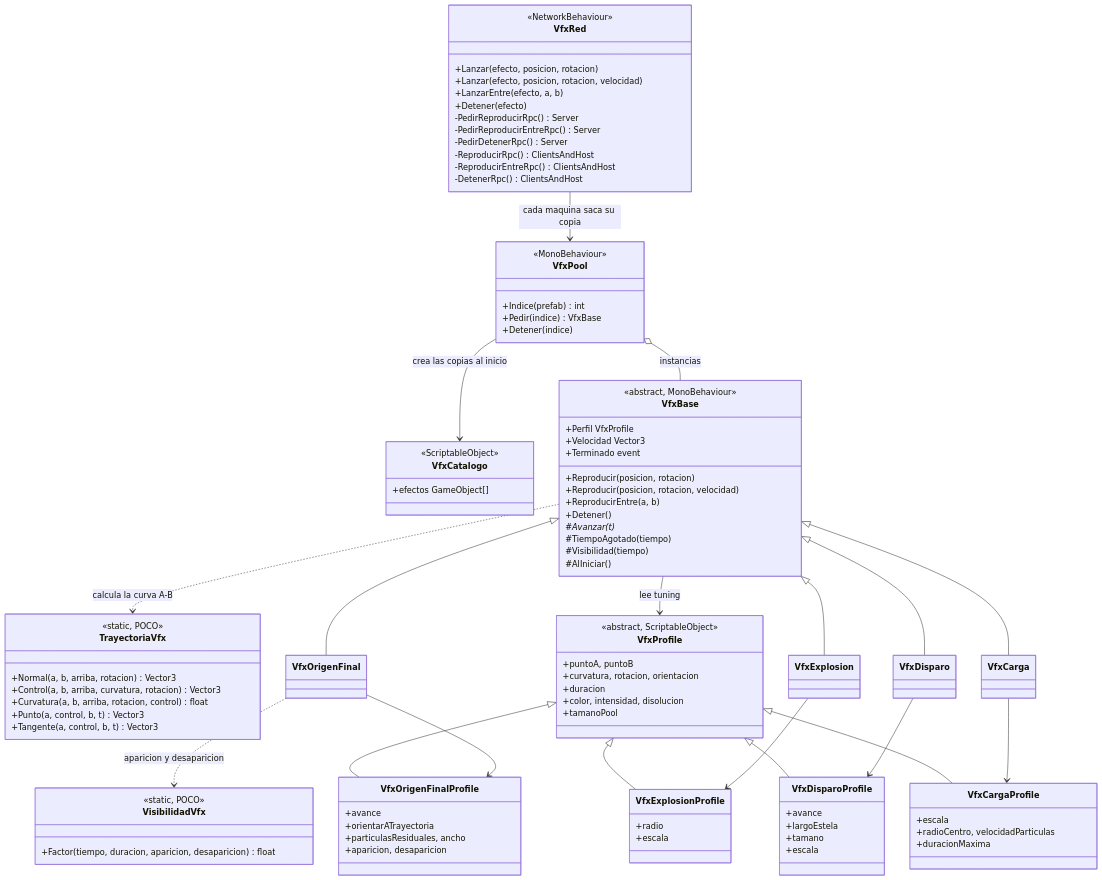
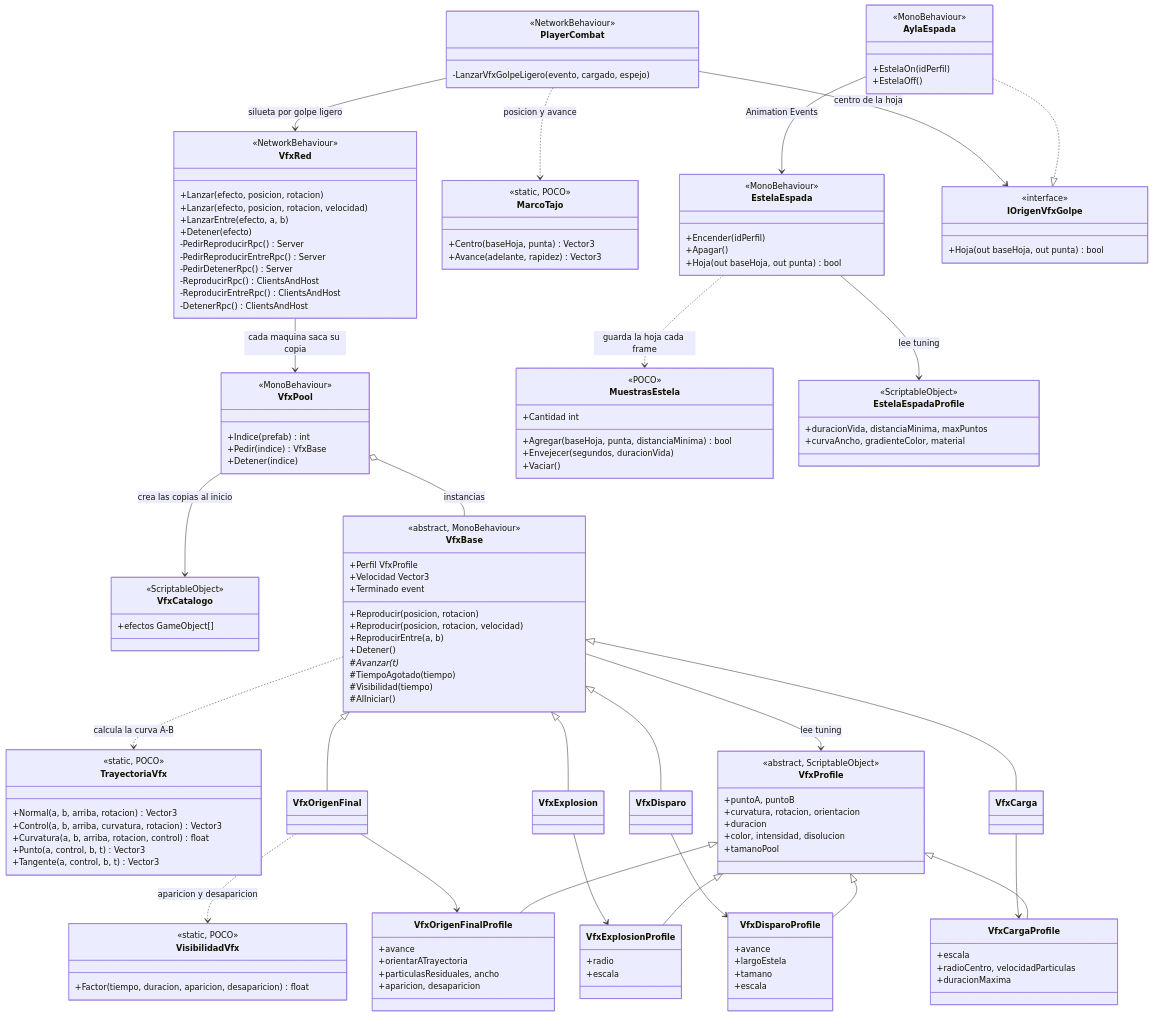
The diagram in docs/diagrams/vfx.mermaid (VicBojoDev10/DeathOfMeaningRepo), drawn with Mermaid before and after one commit.

Commit message:
doc: add sword trail and light hit silhouette classes to VFX diagram

```diff
--- a/docs/diagrams/vfx.mermaid
+++ b/docs/diagrams/vfx.mermaid
@@ -1,109 +1,154 @@
 classDiagram
     class TrayectoriaVfx {
         <<static, POCO>>
         +Normal(a, b, arriba, rotacion) Vector3
         +Control(a, b, arriba, curvatura, rotacion) Vector3
         +Curvatura(a, b, arriba, rotacion, control) float
         +Punto(a, control, b, t) Vector3
         +Tangente(a, control, b, t) Vector3
     }
 
     class VisibilidadVfx {
         <<static, POCO>>
         +Factor(tiempo, duracion, aparicion, desaparicion) float
     }
 
     class VfxProfile {
         <<abstract, ScriptableObject>>
         +puntoA, puntoB
         +curvatura, rotacion, orientacion
         +duracion
         +color, intensidad, disolucion
         +tamanoPool
     }
     class VfxOrigenFinalProfile {
         +avance
         +orientarATrayectoria
         +particulasResiduales, ancho
         +aparicion, desaparicion
     }
     class VfxExplosionProfile {
         +radio
         +escala
     }
     class VfxDisparoProfile {
         +avance
         +largoEstela
         +tamano
         +escala
     }
     class VfxCargaProfile {
         +escala
         +radioCentro, velocidadParticulas
         +duracionMaxima
     }
     class VfxCatalogo {
         <<ScriptableObject>>
         +efectos GameObject[]
     }
 
     class VfxBase {
         <<abstract, MonoBehaviour>>
         +Perfil VfxProfile
         +Velocidad Vector3
         +Reproducir(posicion, rotacion)
         +Reproducir(posicion, rotacion, velocidad)
         +ReproducirEntre(a, b)
         +Detener()
         +Terminado event
         #Avanzar(t)*
         #TiempoAgotado(tiempo)
         #Visibilidad(tiempo)
         #AlIniciar()
     }
     class VfxOrigenFinal
     class VfxExplosion
     class VfxDisparo
     class VfxCarga
 
     class VfxPool {
         <<MonoBehaviour>>
         +Indice(prefab) int
         +Pedir(indice) VfxBase
         +Detener(indice)
     }
     class VfxRed {
         <<NetworkBehaviour>>
         +Lanzar(efecto, posicion, rotacion)
         +Lanzar(efecto, posicion, rotacion, velocidad)
         +LanzarEntre(efecto, a, b)
         +Detener(efecto)
         -PedirReproducirRpc() Server
         -PedirReproducirEntreRpc() Server
         -PedirDetenerRpc() Server
         -ReproducirRpc() ClientsAndHost
         -ReproducirEntreRpc() ClientsAndHost
         -DetenerRpc() ClientsAndHost
     }
 
     VfxProfile <|-- VfxOrigenFinalProfile
     VfxProfile <|-- VfxExplosionProfile
     VfxProfile <|-- VfxDisparoProfile
     VfxProfile <|-- VfxCargaProfile
 
     VfxBase <|-- VfxOrigenFinal
     VfxBase <|-- VfxExplosion
     VfxBase <|-- VfxDisparo
     VfxBase <|-- VfxCarga
 
     VfxBase ..> TrayectoriaVfx : calcula la curva A-B
     VfxOrigenFinal ..> VisibilidadVfx : aparicion y desaparicion
     VfxBase --> VfxProfile : lee tuning
     VfxOrigenFinal --> VfxOrigenFinalProfile
     VfxExplosion --> VfxExplosionProfile
     VfxDisparo --> VfxDisparoProfile
     VfxCarga --> VfxCargaProfile
 
     VfxPool --> VfxCatalogo : crea las copias al inicio
     VfxPool o-- VfxBase : instancias
     VfxRed --> VfxPool : cada maquina saca su copia
+
+    class MuestrasEstela {
+        <<POCO>>
+        +Cantidad int
+        +Agregar(baseHoja, punta, distanciaMinima) bool
+        +Envejecer(segundos, duracionVida)
+        +Vaciar()
+    }
+    class MarcoTajo {
+        <<static, POCO>>
+        +Centro(baseHoja, punta) Vector3
+        +Avance(adelante, rapidez) Vector3
+    }
+    class EstelaEspadaProfile {
+        <<ScriptableObject>>
+        +duracionVida, distanciaMinima, maxPuntos
+        +curvaAncho, gradienteColor, material
+    }
+    class EstelaEspada {
+        <<MonoBehaviour>>
+        +Encender(idPerfil)
+        +Apagar()
+        +Hoja(out baseHoja, out punta) bool
+    }
+    class IOrigenVfxGolpe {
+        <<interface>>
+        +Hoja(out baseHoja, out punta) bool
+    }
+    class AylaEspada {
+        <<MonoBehaviour>>
+        +EstelaOn(idPerfil)
+        +EstelaOff()
+    }
+    class PlayerCombat {
+        <<NetworkBehaviour>>
+        -LanzarVfxGolpeLigero(evento, cargado, espejo)
+    }
+
+    EstelaEspada ..> MuestrasEstela : guarda la hoja cada frame
+    EstelaEspada --> EstelaEspadaProfile : lee tuning
+    AylaEspada ..|> IOrigenVfxGolpe
+    AylaEspada --> EstelaEspada : Animation Events
+    PlayerCombat --> IOrigenVfxGolpe : centro de la hoja
+    PlayerCombat ..> MarcoTajo : posicion y avance
+    PlayerCombat --> VfxRed : silueta por golpe ligero
```
